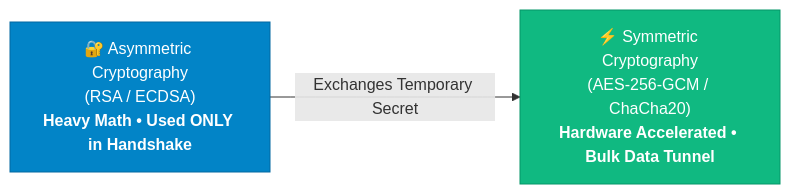
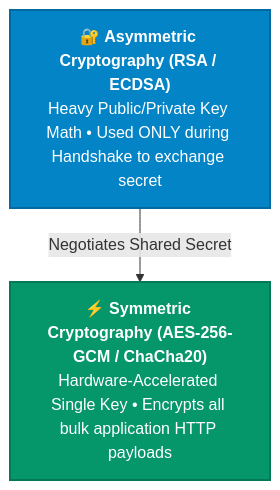
The second of 5 diagrams in content/english/blog/tls-demystified-part1-cryptography-keys-csr-ca-explained.md (tharun15/gcloudcafe), drawn with Mermaid before and after one commit. The commit also changed other lines of this file and 2 other files, not shown here.

Commit message:
style(ui): enlarge Mermaid diagram nodes and optimize vertical flow for readability

````diff
--- a/content/english/blog/tls-demystified-part1-cryptography-keys-csr-ca-explained.md
+++ b/content/english/blog/tls-demystified-part1-cryptography-keys-csr-ca-explained.md
@@ -66,7 +67,10 @@
 ```mermaid
-graph LR
-    A["🔐 Asymmetric Cryptography<br/>(RSA / ECDSA)<br/><b>Heavy Math • Used ONLY in Handshake</b>"] -->|Exchanges Temporary Secret| B["⚡ Symmetric Cryptography<br/>(AES-256-GCM / ChaCha20)<br/><b>Hardware Accelerated • Bulk Data Tunnel</b>"]
+flowchart TD
+    A["🔐 <b>Asymmetric Cryptography (RSA / ECDSA)</b><br/>Heavy Public/Private Key Math • Used ONLY during Handshake to exchange secret"]
+    B["⚡ <b>Symmetric Cryptography (AES-256-GCM / ChaCha20)</b><br/>Hardware-Accelerated Single Key • Encrypts all bulk application HTTP payloads"]
 
-    style A fill:#0284c7,stroke:#0369a1,color:#ffffff;
-    style B fill:#10b981,stroke:#059669,color:#ffffff;
+    A -->|Negotiates Shared Secret| B
+
+    style A fill:#0284c7,stroke:#0369a1,color:#ffffff,stroke-width:2px;
+    style B fill:#059669,stroke:#047857,color:#ffffff,stroke-width:2px;
 ```
````
